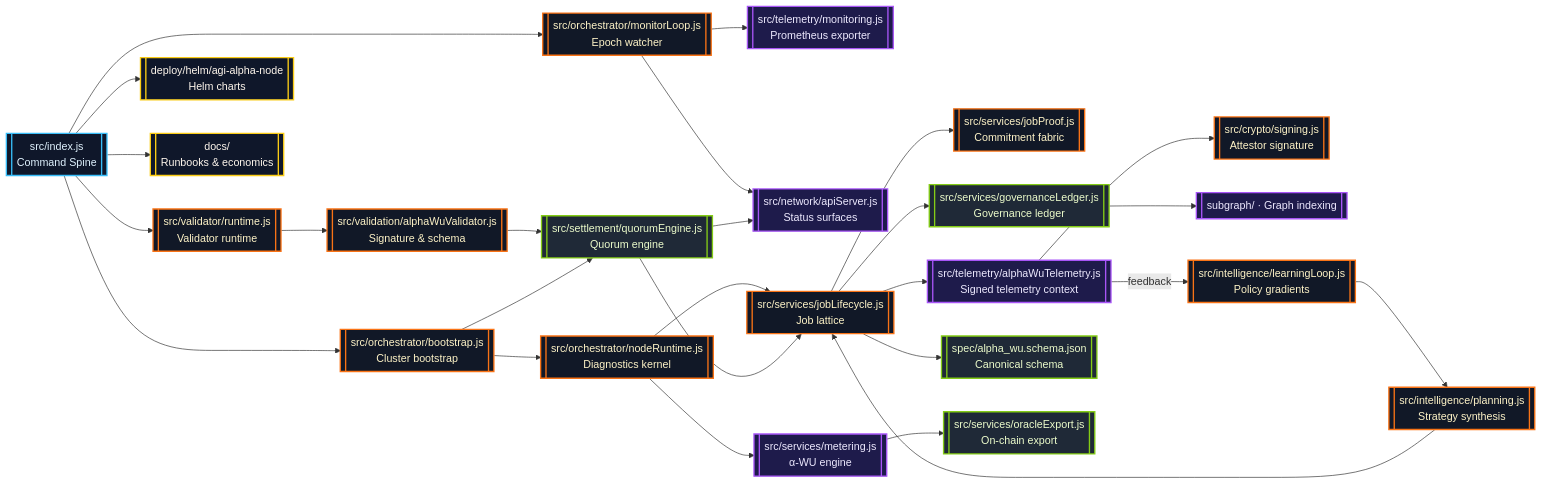
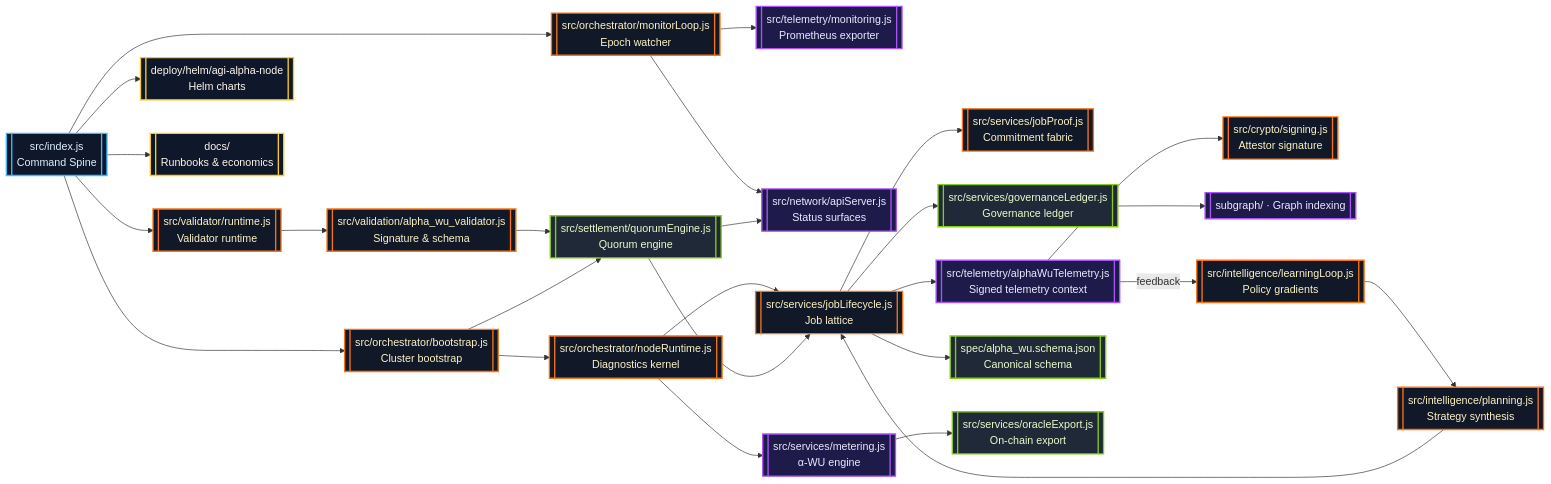
Before and after one commit to MontrealAI/AGI-Alpha-Node-v0: the first of 4 diagrams in README.md, drawn with Mermaid. The commit also changed other lines of this file and 8 other files, not shown here.

Commit message:
Refine alpha validator module naming

````diff
--- a/README.md
+++ b/README.md
@@ -68,34 +68,34 @@
 ```mermaid
 flowchart LR
   classDef core fill:#0f172a,stroke:#38bdf8,stroke-width:2px,color:#e0f2fe;
   classDef service fill:#111827,stroke:#f97316,stroke-width:2px,color:#fef3c7;
   classDef ledger fill:#1f2937,stroke:#84cc16,stroke-width:2px,color:#ecfccb;
   classDef observ fill:#1e1b4b,stroke:#a855f7,stroke-width:2px,color:#ede9fe;
   classDef ops fill:#0f172a,stroke:#facc15,stroke-width:2px,color:#fff7ed;
 
   CLI[[src/index.js<br/>Command Spine]]:::core --> Bootstrap[[src/orchestrator/bootstrap.js<br/>Cluster bootstrap]]:::service
   CLI --> Monitor[[src/orchestrator/monitorLoop.js<br/>Epoch watcher]]:::service
   CLI --> Validator[[src/validator/runtime.js<br/>Validator runtime]]:::service
   Monitor --> Telemetry[[src/telemetry/monitoring.js<br/>Prometheus exporter]]:::observ
   Monitor --> StatusAPI[[src/network/apiServer.js<br/>Status surfaces]]:::observ
   Bootstrap --> Runtime[[src/orchestrator/nodeRuntime.js<br/>Diagnostics kernel]]:::service
   Runtime --> Metering[[src/services/metering.js<br/>α-WU engine]]:::observ
   Runtime --> Lifecycle[[src/services/jobLifecycle.js<br/>Job lattice]]:::service
   Lifecycle --> Proofs[[src/services/jobProof.js<br/>Commitment fabric]]:::service
   Lifecycle --> Ledger[[src/services/governanceLedger.js<br/>Governance ledger]]:::ledger
   Lifecycle --> TelemetryWu[[src/telemetry/alphaWuTelemetry.js<br/>Signed telemetry context]]:::observ
-  Validator --> AlphaValidator[[src/validation/alphaWuValidator.js<br/>Signature & schema]]:::service
+  Validator --> AlphaValidator[[src/validation/alpha_wu_validator.js<br/>Signature & schema]]:::service
   AlphaValidator --> Quorum[[src/settlement/quorumEngine.js<br/>Quorum engine]]:::ledger
   Bootstrap --> Quorum
   Quorum --> Lifecycle
   TelemetryWu --> Signing[[src/crypto/signing.js<br/>Attestor signature]]:::service
   Lifecycle --> AlphaStore[[spec/alpha_wu.schema.json<br/>Canonical schema]]:::ledger
   Metering --> Oracle[[src/services/oracleExport.js<br/>On-chain export]]:::ledger
   Ledger --> Subgraph[[subgraph/ · Graph indexing]]:::observ
   CLI --> Deploy[[deploy/helm/agi-alpha-node<br/>Helm charts]]:::ops
   CLI --> Docs[[docs/<br/>Runbooks & economics]]:::ops
   TelemetryWu -->|feedback| Learning[[src/intelligence/learningLoop.js<br/>Policy gradients]]:::service
   Learning --> Planning[[src/intelligence/planning.js<br/>Strategy synthesis]]:::service
   Planning --> Lifecycle
   Quorum --> StatusAPI
 ```
````
